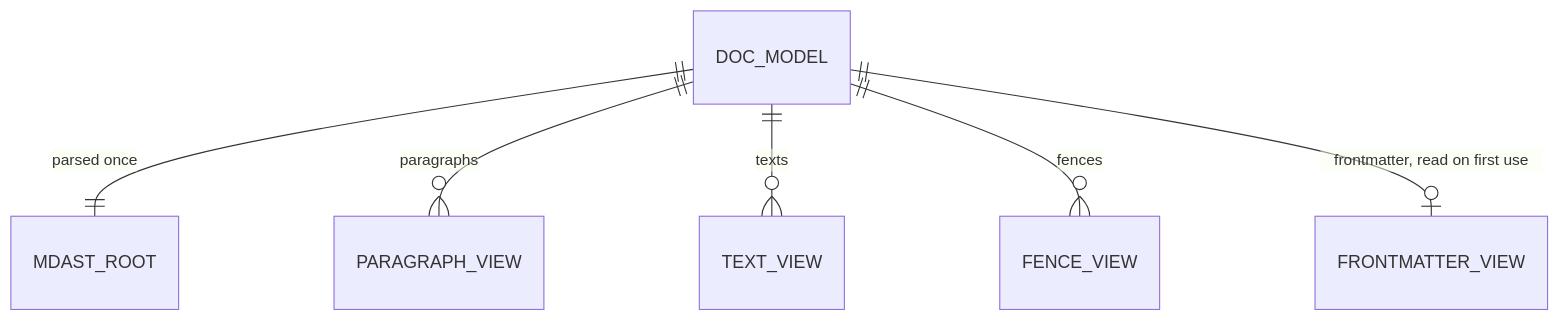
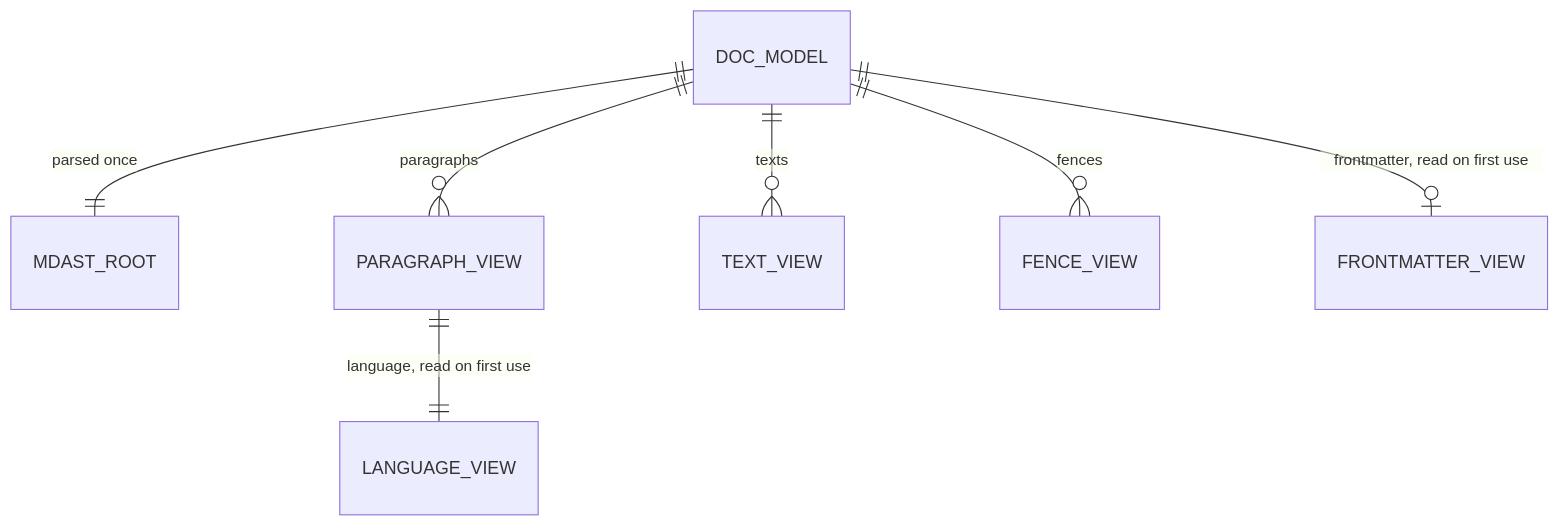
The first of 20 diagrams in docs/DATA_MODEL.md (jpeakai/jpai-prose-gates), drawn with Mermaid before and after one commit. The commit also changed other lines of this file and 163 other files, not shown here.

````diff
--- a/docs/DATA_MODEL.md
+++ b/docs/DATA_MODEL.md
@@ -41,8 +41,9 @@
 ```mermaid
 erDiagram
     DOC_MODEL ||--|| MDAST_ROOT : "parsed once"
     DOC_MODEL ||--o{ PARAGRAPH_VIEW : paragraphs
     DOC_MODEL ||--o{ TEXT_VIEW : texts
     DOC_MODEL ||--o{ FENCE_VIEW : fences
     DOC_MODEL ||--o| FRONTMATTER_VIEW : "frontmatter, read on first use"
+    PARAGRAPH_VIEW ||--|| LANGUAGE_VIEW : "language, read on first use"
 ```
````
